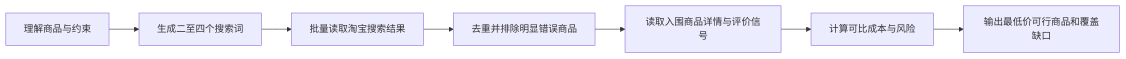
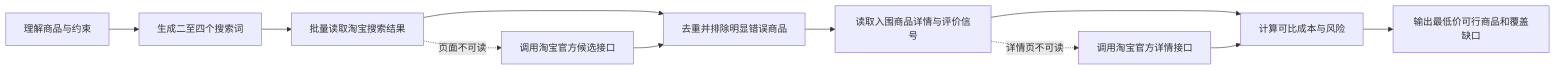
Before and after one commit to AIALRA-0/AIALRA-TAOBAO-PRICE-RESEARCH: the diagram in .agents/skills/taobao-price-research/SKILL.md, drawn with Mermaid. The commit also changed other lines of this file and 12 other files, not shown here.

````diff
--- a/.agents/skills/taobao-price-research/SKILL.md
+++ b/.agents/skills/taobao-price-research/SKILL.md
@@ -32,9 +32,13 @@
 ```mermaid
 flowchart LR
     A["理解商品与约束"] --> B["生成二至四个搜索词"]
     B --> C["批量读取淘宝搜索结果"]
-    C --> D["去重并排除明显错误商品"]
-    D --> E["读取入围商品详情与评价信号"]
-    E --> F["计算可比成本与风险"]
-    F --> G["输出最低价可行商品和覆盖缺口"]
+    C -. "页面不可读" .-> D["调用淘宝官方候选接口"]
+    C --> E["去重并排除明显错误商品"]
+    D --> E
+    E --> F["读取入围商品详情与评价信号"]
+    F -. "详情页不可读" .-> G["调用淘宝官方详情接口"]
+    F --> H["计算可比成本与风险"]
+    G --> H
+    H --> I["输出最低价可行商品和覆盖缺口"]
 ```
````
